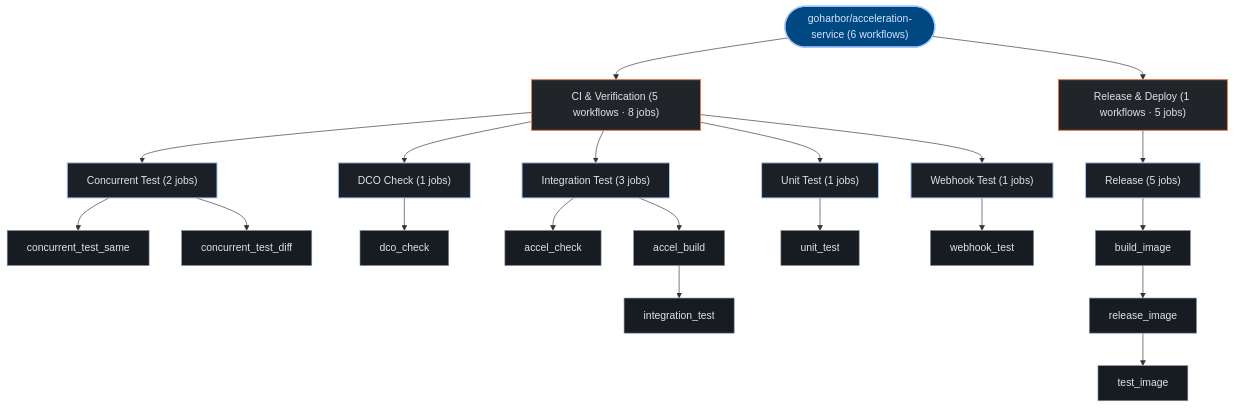
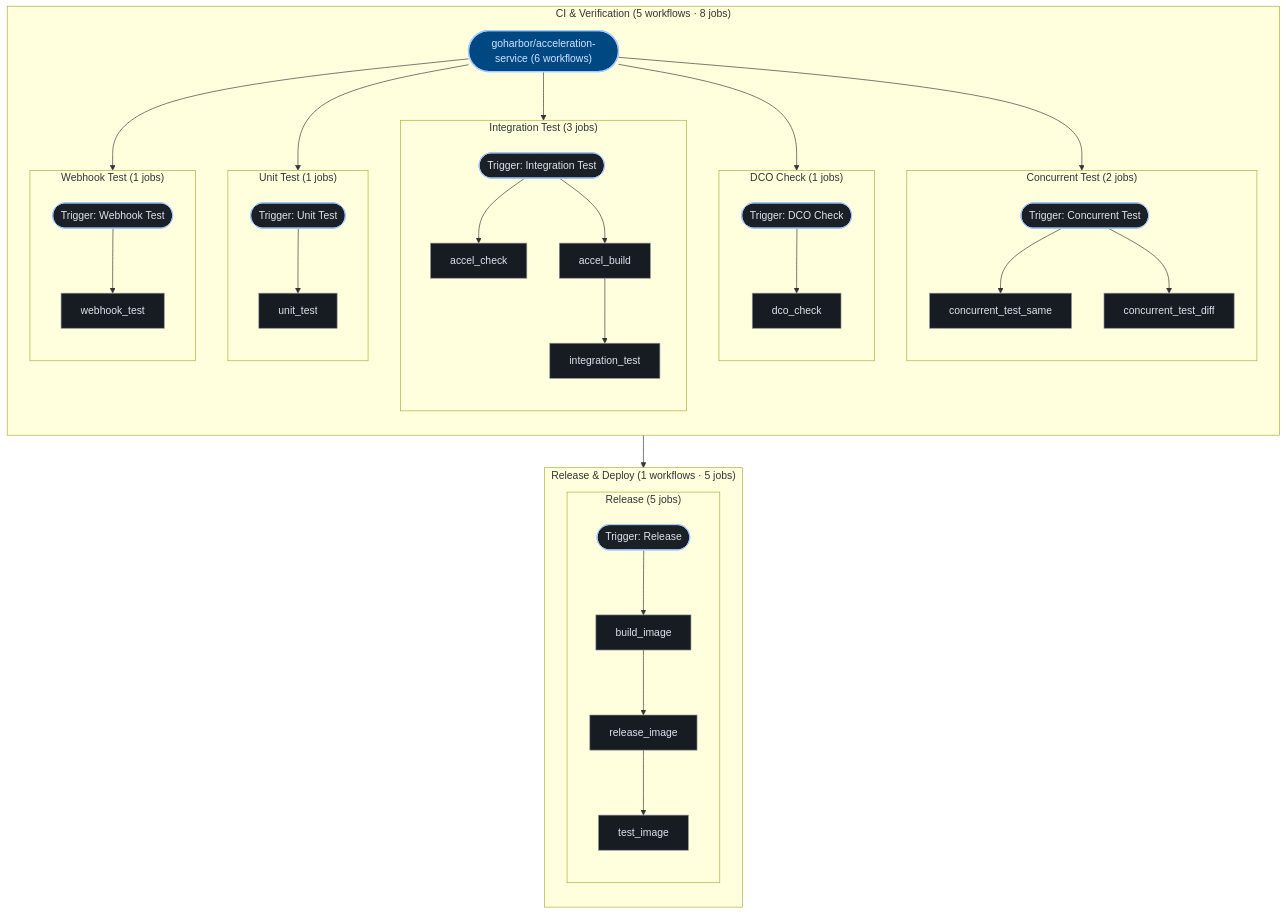
The third of 3 diagrams in exports/latest/reports/goharbor-acceleration-service-report.md (kumarshaz/atruss-code-atlas), drawn with Mermaid before and after one commit. The commit also changed 181 other files, not shown here.

````diff
--- a/exports/latest/reports/goharbor-acceleration-service-report.md
+++ b/exports/latest/reports/goharbor-acceleration-service-report.md
@@ -199,49 +199,69 @@
 ```mermaid
 graph TD;
   classDef atlasRoot fill:#004882,stroke:#a3c9ff,stroke-width:2px,color:#d3e4ff
   classDef atlasCategory fill:#212428,stroke:#E87A48,stroke-width:1.5px,color:#dfe3eb
   classDef atlasWorkflow fill:#1b2026,stroke:#a3c9ff,stroke-width:1.5px,color:#dfe3eb
   classDef atlasJob fill:#171c22,stroke:#8d9199,stroke-width:1px,color:#dfe3eb
   classDef atlasTarget fill:#005227,stroke:#8bd99b,stroke-width:1.5px,color:#a7f6b6
   classDef atlasAlert fill:#93000a,stroke:#ffb4ab,stroke-width:1.5px,color:#ffdad6
   classDef atlasMore fill:#252a31,stroke:#8d9199,stroke-dasharray:4 4,color:#c3c6cf
   pipeline_root(["goharbor/acceleration-service (6 workflows)"]):::atlasRoot
-  grp_0_CI___Verification["CI & Verification (5 workflows · 8 jobs)"]:::atlasCategory
-  pipeline_root --> grp_0_CI___Verification
-  wf_0_Concurrent_Test["Concurrent Test (2 jobs)"]:::atlasWorkflow
-  grp_0_CI___Verification --> wf_0_Concurrent_Test
-  job_0_concurrent_test_same["concurrent_test_same"]:::atlasJob
-  job_0_concurrent_test_diff["concurrent_test_diff"]:::atlasJob
-  wf_0_Concurrent_Test --> job_0_concurrent_test_same
-  wf_0_Concurrent_Test --> job_0_concurrent_test_diff
-  wf_1_DCO_Check["DCO Check (1 jobs)"]:::atlasWorkflow
-  grp_0_CI___Verification --> wf_1_DCO_Check
-  job_1_dco_check["dco_check"]:::atlasJob
-  wf_1_DCO_Check --> job_1_dco_check
-  wf_2_Integration_Test["Integration Test (3 jobs)"]:::atlasWorkflow
-  grp_0_CI___Verification --> wf_2_Integration_Test
-  job_2_accel_check["accel_check"]:::atlasJob
-  job_2_accel_build["accel_build"]:::atlasJob
-  job_2_integration_test["integration_test"]:::atlasJob
-  wf_2_Integration_Test --> job_2_accel_check
-  wf_2_Integration_Test --> job_2_accel_build
-  job_2_accel_build --> job_2_integration_test
-  wf_4_Unit_Test["Unit Test (1 jobs)"]:::atlasWorkflow
-  grp_0_CI___Verification --> wf_4_Unit_Test
-  job_4_unit_test["unit_test"]:::atlasJob
-  wf_4_Unit_Test --> job_4_unit_test
-  wf_5_Webhook_Test["Webhook Test (1 jobs)"]:::atlasWorkflow
-  grp_0_CI___Verification --> wf_5_Webhook_Test
-  job_5_webhook_test["webhook_test"]:::atlasJob
-  wf_5_Webhook_Test --> job_5_webhook_test
-  grp_1_Release___Deploy["Release & Deploy (1 workflows · 5 jobs)"]:::atlasCategory
-  pipeline_root --> grp_1_Release___Deploy
-  wf_3_Release["Release (5 jobs)"]:::atlasWorkflow
-  grp_1_Release___Deploy --> wf_3_Release
-  job_3_build_image["build_image"]:::atlasJob
-  job_3_release_image["release_image"]:::atlasJob
-  job_3_test_image["test_image"]:::atlasJob
-  wf_3_Release --> job_3_build_image
-  job_3_build_image --> job_3_release_image
-  job_3_release_image --> job_3_test_image
+  subgraph sg_grp_0_CI___Verification["CI & Verification (5 workflows · 8 jobs)"]
+    direction TB
+    subgraph sg_wf_0_Concurrent_Test["Concurrent Test (2 jobs)"]
+      direction TB
+      wf_0_Concurrent_Test(["Trigger: Concurrent Test"]):::atlasWorkflow
+      job_0_concurrent_test_same["concurrent_test_same"]:::atlasJob
+      job_0_concurrent_test_diff["concurrent_test_diff"]:::atlasJob
+      wf_0_Concurrent_Test --> job_0_concurrent_test_same
+      wf_0_Concurrent_Test --> job_0_concurrent_test_diff
+    end
+    pipeline_root --> wf_0_Concurrent_Test
+    subgraph sg_wf_1_DCO_Check["DCO Check (1 jobs)"]
+      direction TB
+      wf_1_DCO_Check(["Trigger: DCO Check"]):::atlasWorkflow
+      job_1_dco_check["dco_check"]:::atlasJob
+      wf_1_DCO_Check --> job_1_dco_check
+    end
+    pipeline_root --> wf_1_DCO_Check
+    subgraph sg_wf_2_Integration_Test["Integration Test (3 jobs)"]
+      direction TB
+      wf_2_Integration_Test(["Trigger: Integration Test"]):::atlasWorkflow
+      job_2_accel_check["accel_check"]:::atlasJob
+      job_2_accel_build["accel_build"]:::atlasJob
+      job_2_integration_test["integration_test"]:::atlasJob
+      wf_2_Integration_Test --> job_2_accel_check
+      wf_2_Integration_Test --> job_2_accel_build
+      job_2_accel_build --> job_2_integration_test
+    end
+    pipeline_root --> wf_2_Integration_Test
+    subgraph sg_wf_4_Unit_Test["Unit Test (1 jobs)"]
+      direction TB
+      wf_4_Unit_Test(["Trigger: Unit Test"]):::atlasWorkflow
+      job_4_unit_test["unit_test"]:::atlasJob
+      wf_4_Unit_Test --> job_4_unit_test
+    end
+    pipeline_root --> wf_4_Unit_Test
+    subgraph sg_wf_5_Webhook_Test["Webhook Test (1 jobs)"]
+      direction TB
+      wf_5_Webhook_Test(["Trigger: Webhook Test"]):::atlasWorkflow
+      job_5_webhook_test["webhook_test"]:::atlasJob
+      wf_5_Webhook_Test --> job_5_webhook_test
+    end
+    pipeline_root --> wf_5_Webhook_Test
+  end
+  subgraph sg_grp_1_Release___Deploy["Release & Deploy (1 workflows · 5 jobs)"]
+    direction TB
+    subgraph sg_wf_3_Release["Release (5 jobs)"]
+      direction TB
+      wf_3_Release(["Trigger: Release"]):::atlasWorkflow
+      job_3_build_image["build_image"]:::atlasJob
+      job_3_release_image["release_image"]:::atlasJob
+      job_3_test_image["test_image"]:::atlasJob
+      wf_3_Release --> job_3_build_image
+      job_3_build_image --> job_3_release_image
+      job_3_release_image --> job_3_test_image
+    end
+    pipeline_root --> wf_3_Release
+  end
 ```
````
